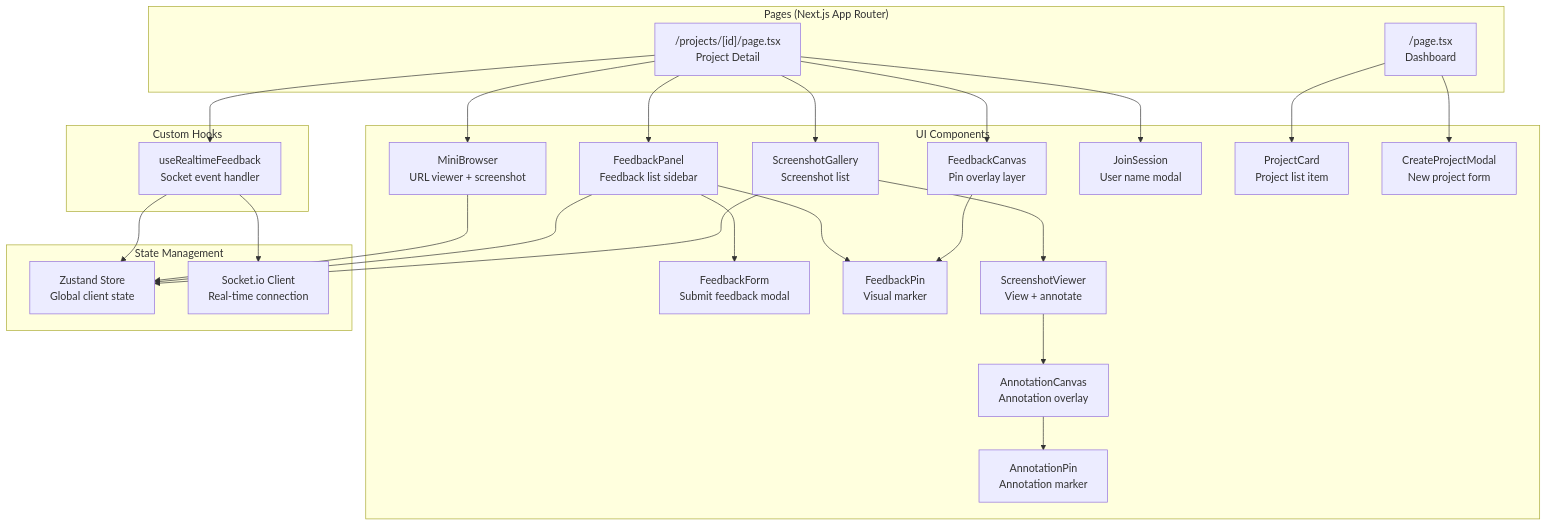
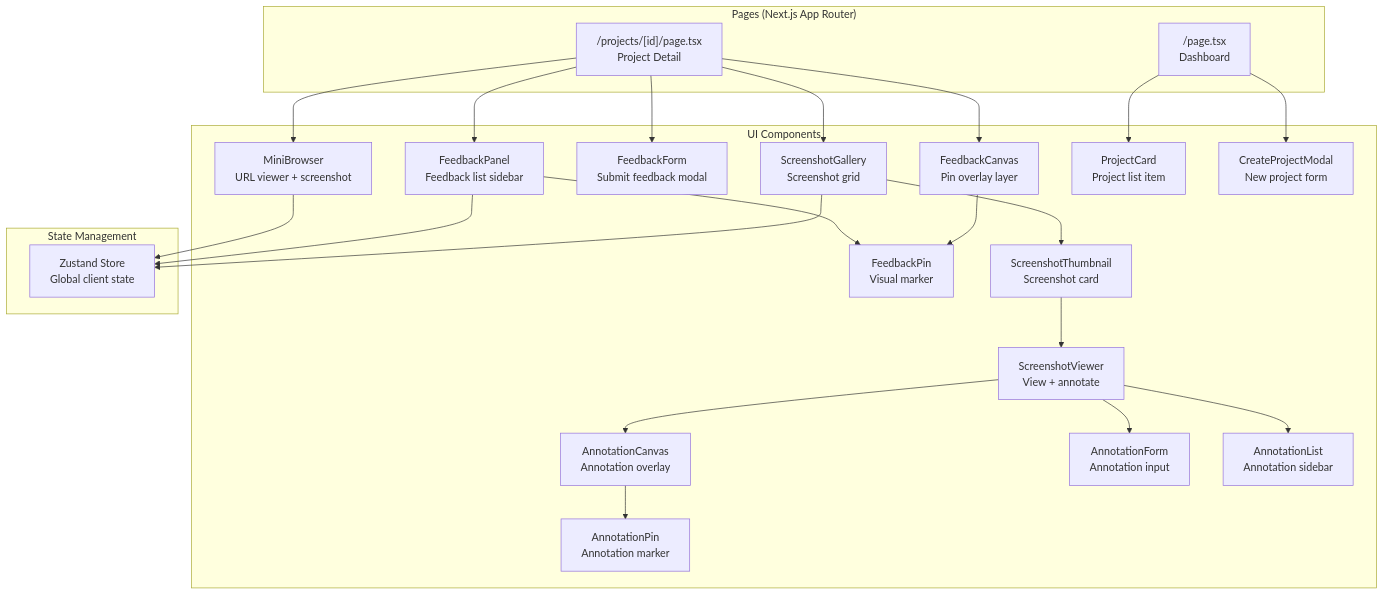
One commit to xKarinSan/SnapFeed changed the third of 10 diagrams in docs/DIAGRAMS.md. Above: the diagram before and after it, drawn with Mermaid. The commit also changed other lines of this file and 13 other files, not shown here.

First line of the commit message:
refactor: convert from multi-user to single-user architecture

````diff
--- a/docs/DIAGRAMS.md
+++ b/docs/DIAGRAMS.md
@@ -98,55 +91,50 @@
 ```mermaid
 flowchart TB
     subgraph Pages["Pages (Next.js App Router)"]
         dashboard["/page.tsx<br/>Dashboard"]
         project["/projects/[id]/page.tsx<br/>Project Detail"]
     end
 
     subgraph Components["UI Components"]
         minibrowser["MiniBrowser<br/>URL viewer + screenshot"]
         feedbackpanel["FeedbackPanel<br/>Feedback list sidebar"]
         feedbackform["FeedbackForm<br/>Submit feedback modal"]
         feedbackcanvas["FeedbackCanvas<br/>Pin overlay layer"]
         feedbackpin["FeedbackPin<br/>Visual marker"]
-        screenshotgallery["ScreenshotGallery<br/>Screenshot list"]
+        screenshotgallery["ScreenshotGallery<br/>Screenshot grid"]
         screenshotviewer["ScreenshotViewer<br/>View + annotate"]
+        screenshotthumbnail["ScreenshotThumbnail<br/>Screenshot card"]
         annotationcanvas["AnnotationCanvas<br/>Annotation overlay"]
         annotationpin["AnnotationPin<br/>Annotation marker"]
-        joinsession["JoinSession<br/>User name modal"]
+        annotationform["AnnotationForm<br/>Annotation input"]
+        annotationlist["AnnotationList<br/>Annotation sidebar"]
         projectcard["ProjectCard<br/>Project list item"]
         createmodal["CreateProjectModal<br/>New project form"]
     end
 
     subgraph State["State Management"]
         zustand["Zustand Store<br/>Global client state"]
-        socketclient["Socket.io Client<br/>Real-time connection"]
-    end
-
-    subgraph Hooks["Custom Hooks"]
-        userealtimefeedback["useRealtimeFeedback<br/>Socket event handler"]
     end
 
     dashboard --> projectcard
     dashboard --> createmodal
     project --> minibrowser
     project --> feedbackpanel
     project --> feedbackcanvas
     project --> screenshotgallery
-    project --> joinsession
+    project --> feedbackform
 
     feedbackpanel --> feedbackpin
     feedbackcanvas --> feedbackpin
-    feedbackpanel --> feedbackform
 
-    screenshotgallery --> screenshotviewer
+    screenshotgallery --> screenshotthumbnail
+    screenshotthumbnail --> screenshotviewer
     screenshotviewer --> annotationcanvas
+    screenshotviewer --> annotationlist
+    screenshotviewer --> annotationform
     annotationcanvas --> annotationpin
-
-    project --> userealtimefeedback
-    userealtimefeedback --> socketclient
-    userealtimefeedback --> zustand
 
     minibrowser --> zustand
     feedbackpanel --> zustand
     screenshotgallery --> zustand
 ```
````
